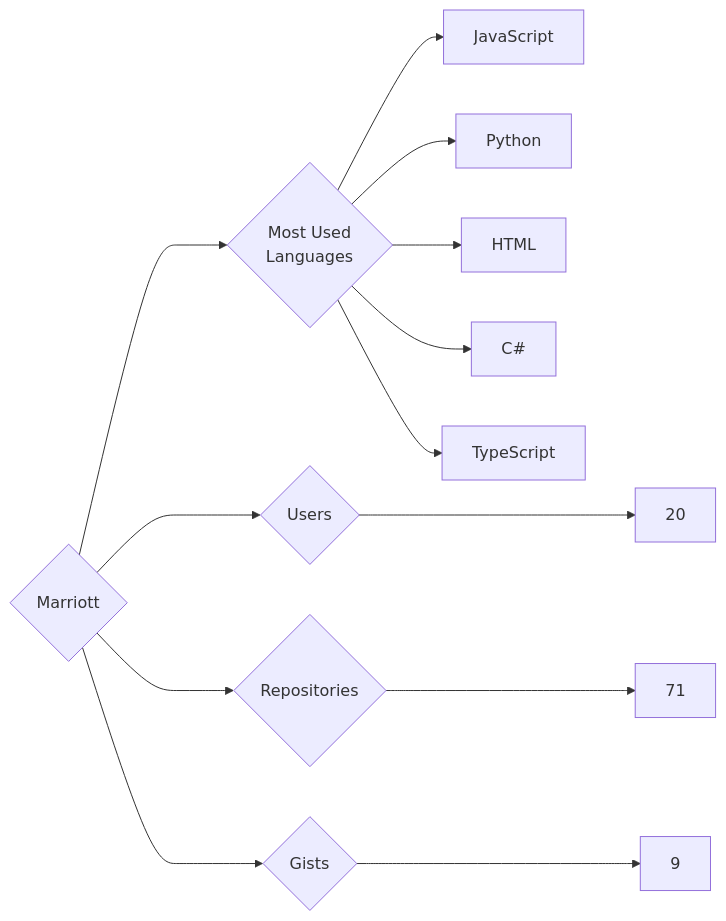
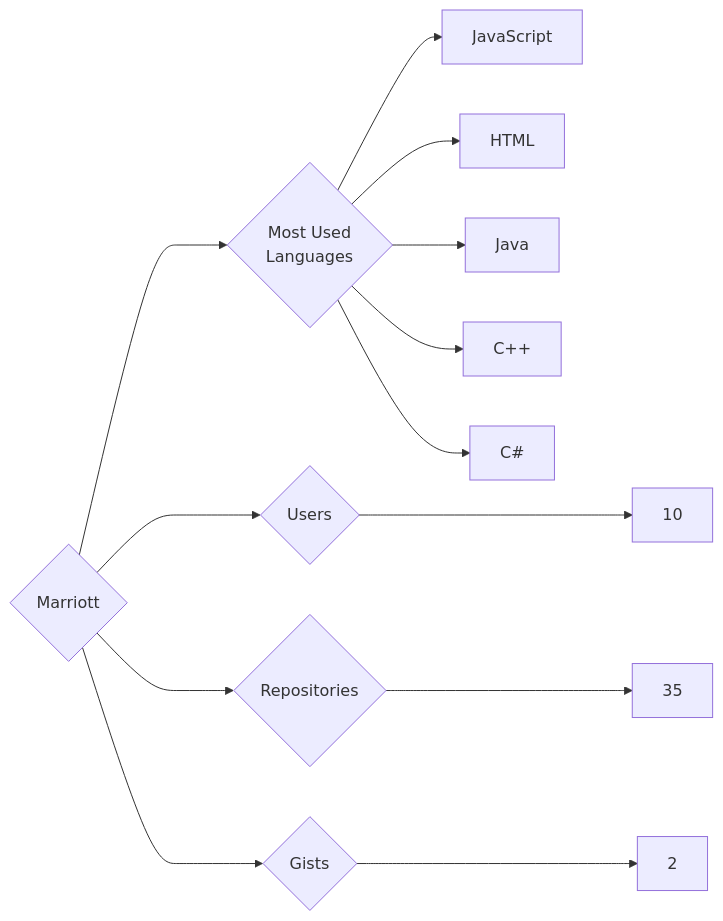
One commit to trickest/insiders changed the diagram in targets/Marriott/README.md. Above: the diagram before and after it, drawn with Mermaid. The commit also changed 903 other files, not shown here.

````diff
--- a/targets/Marriott/README.md
+++ b/targets/Marriott/README.md
@@ -3,13 +3,13 @@
 ```mermaid
 graph LR
 COMPANY_NAME{Marriott}
-COMPANY_NAME ---> U{Users} ---> UN[20]
-COMPANY_NAME ---> R{Repositories} ---> RN[71]
-COMPANY_NAME ---> G{Gists} ---> GN[9]
+COMPANY_NAME ---> U{Users} ---> UN[10]
+COMPANY_NAME ---> R{Repositories} ---> RN[35]
+COMPANY_NAME ---> G{Gists} ---> GN[2]
 COMPANY_NAME ---> ML{Most Used<br>Languages}
 ML --> JavaScript[JavaScript]
-ML --> Python[Python]
 ML --> HTML[HTML]
+ML --> Java[Java]
+ML --> C++[C++]
 ML --> C#[C#]
-ML --> TypeScript[TypeScript]
 ```
````
